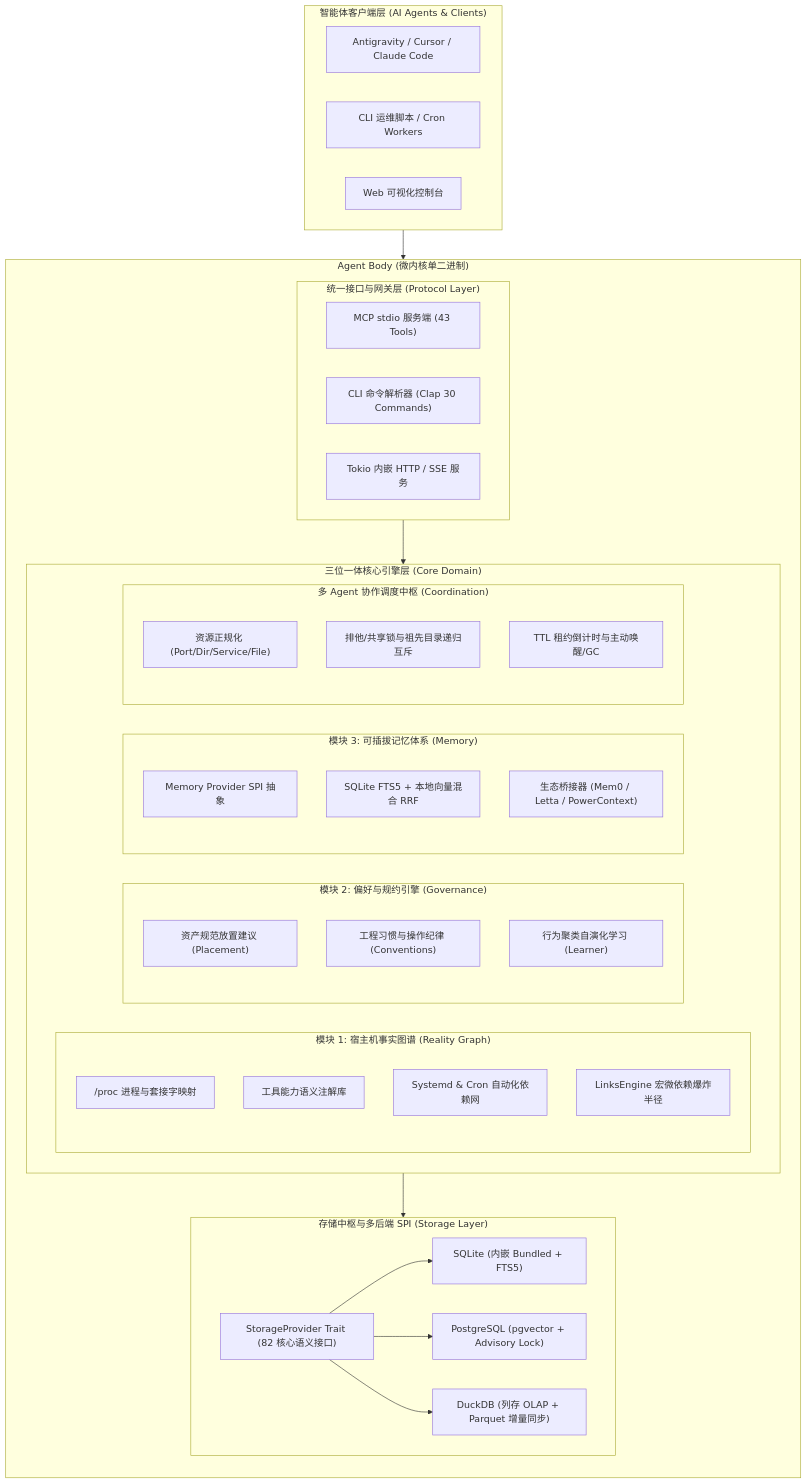
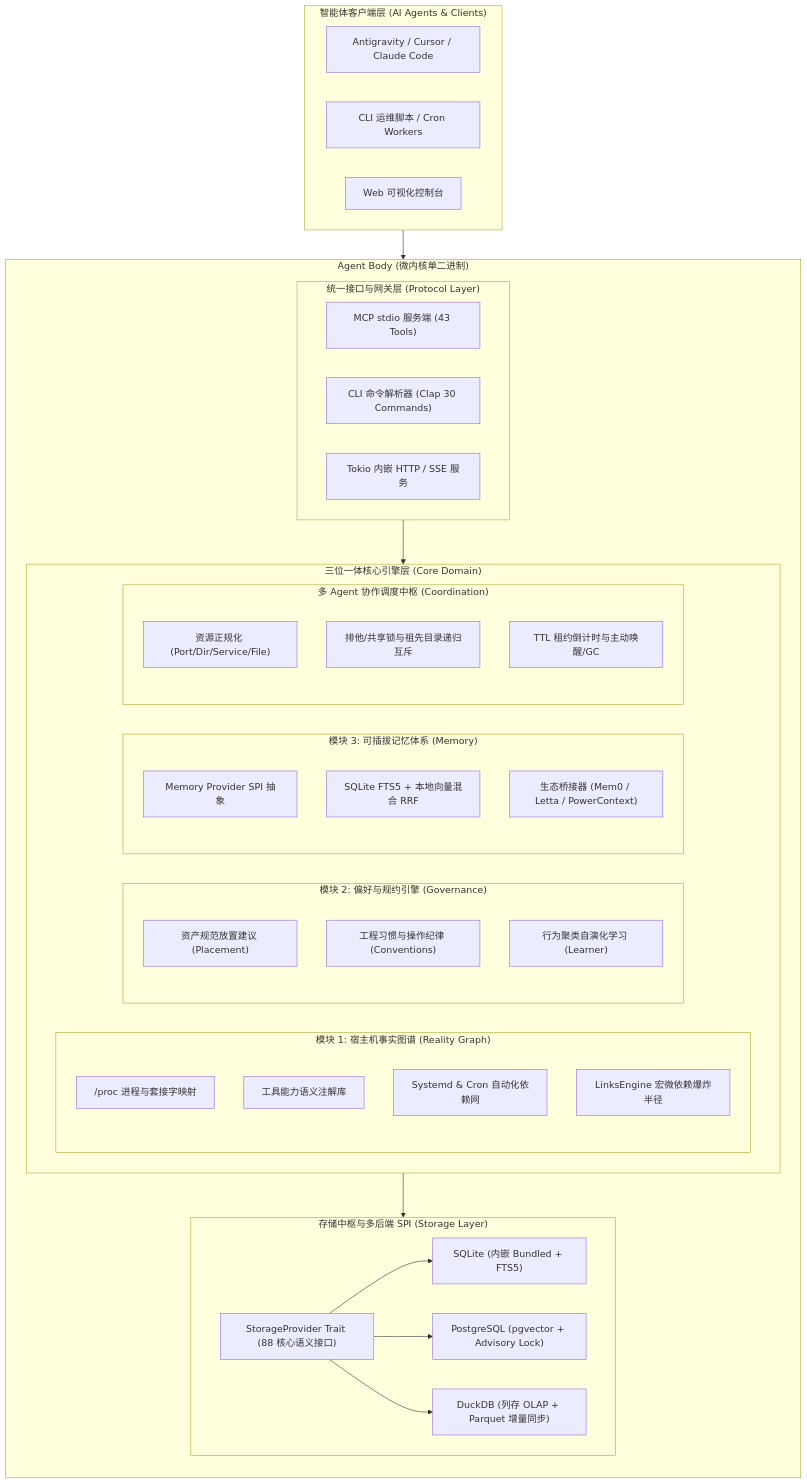
The first of 4 diagrams in docs/arch/01-for-architects.md (digoal/agent-body), drawn with Mermaid before and after one commit. The commit also changed other lines of this file and 181 other files, not shown here.

Commit message:
chore(release): complete Phase 56 architecture governance & Phase 57 v1.0.0 GA

````diff
--- a/docs/arch/01-for-architects.md
+++ b/docs/arch/01-for-architects.md
@@ -41,59 +41,59 @@
 ```mermaid
 graph TD
     subgraph Clients["智能体客户端层 (AI Agents & Clients)"]
         A1["Antigravity / Cursor / Claude Code"]
         A2["CLI 运维脚本 / Cron Workers"]
         A3["Web 可视化控制台"]
     end
 
     subgraph Steward["Agent Body (微内核单二进制)"]
         direction TB
         
         subgraph Protocols["统一接口与网关层 (Protocol Layer)"]
             P1["MCP stdio 服务端 (43 Tools)"]
             P2["CLI 命令解析器 (Clap 30 Commands)"]
             P3["Tokio 内嵌 HTTP / SSE 服务"]
         end
 
         subgraph Core["三位一体核心引擎层 (Core Domain)"]
             subgraph M1["模块 1: 宿主机事实图谱 (Reality Graph)"]
                 F1["/proc 进程与套接字映射"]
                 F2["工具能力语义注解库"]
                 F3["Systemd & Cron 自动化依赖网"]
                 F4["LinksEngine 宏微依赖爆炸半径"]
             end
 
             subgraph M2["模块 2: 偏好与规约引擎 (Governance)"]
                 G1["资产规范放置建议 (Placement)"]
                 G2["工程习惯与操作纪律 (Conventions)"]
                 G3["行为聚类自演化学习 (Learner)"]
             end
 
             subgraph M3["模块 3: 可插拔记忆体系 (Memory)"]
                 Mem1["Memory Provider SPI 抽象"]
                 Mem2["SQLite FTS5 + 本地向量混合 RRF"]
                 Mem3["生态桥接器 (Mem0 / Letta / PowerContext)"]
             end
 
             subgraph Coordination["多 Agent 协作调度中枢 (Coordination)"]
                 C1["资源正规化 (Port/Dir/Service/File)"]
                 C2["排他/共享锁与祖先目录递归互斥"]
                 C3["TTL 租约倒计时与主动唤醒/GC"]
             end
         end
 
         subgraph StorageSPI["存储中枢与多后端 SPI (Storage Layer)"]
-            S_SPI["StorageProvider Trait (82 核心语义接口)"]
+            S_SPI["StorageProvider Trait (88 核心语义接口)"]
             S_SQLITE["SQLite (内嵌 Bundled + FTS5)"]
             S_PG["PostgreSQL (pgvector + Advisory Lock)"]
             S_DUCK["DuckDB (列存 OLAP + Parquet 增量同步)"]
         end
     end
 
     Clients --> Protocols
     Protocols --> Core
     Core --> StorageSPI
     S_SPI --> S_SQLITE
     S_SPI --> S_PG
     S_SPI --> S_DUCK
 ```
````
